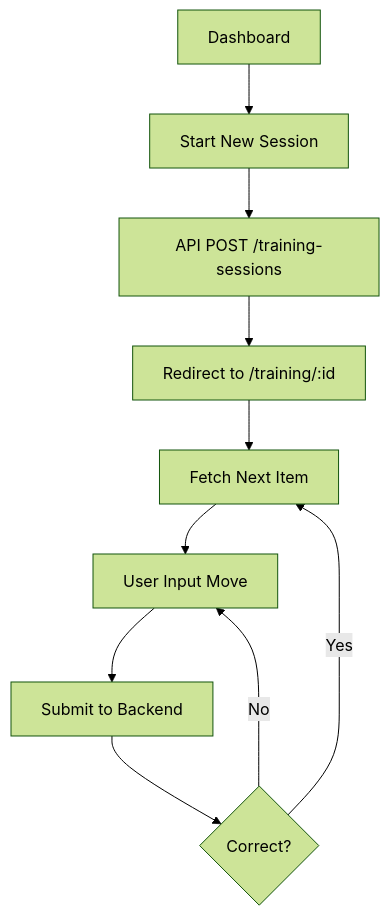
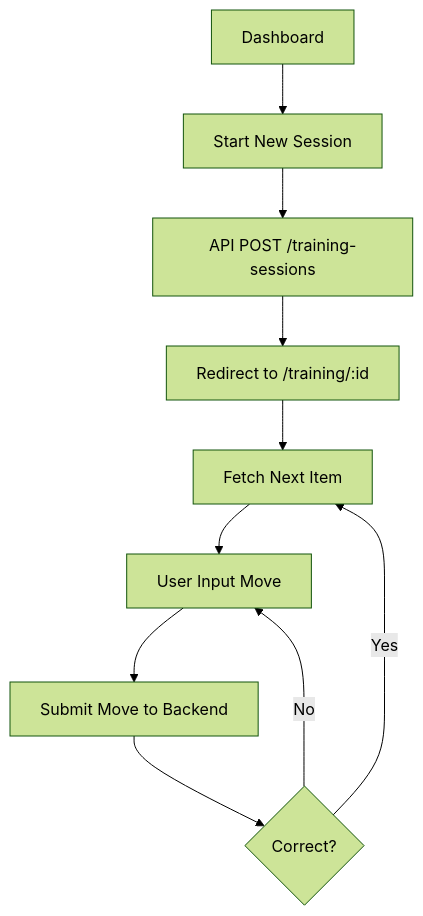
One commit to coliver/chess-trainer changed the second of 2 diagrams in frontend/README.md. Above: the diagram before and after it, drawn with Mermaid (forest theme). The commit also changed other lines of this file and 4 other files, not shown here.

````diff
--- a/frontend/README.md
+++ b/frontend/README.md
@@ -76,12 +76,12 @@
 ```mermaid
 flowchart TD
   A[Dashboard] --> B[Start New Session]
   B --> C[API POST /training-sessions]
   C --> D[Redirect to /training/:id]
   D --> E[Fetch Next Item]
   E --> F[User Input Move]
-  F --> G[Submit to Backend]
+  F --> G[Submit Move to Backend]
   G --> H{Correct?}
   H -- Yes --> E
   H -- No --> F
 ```
````
